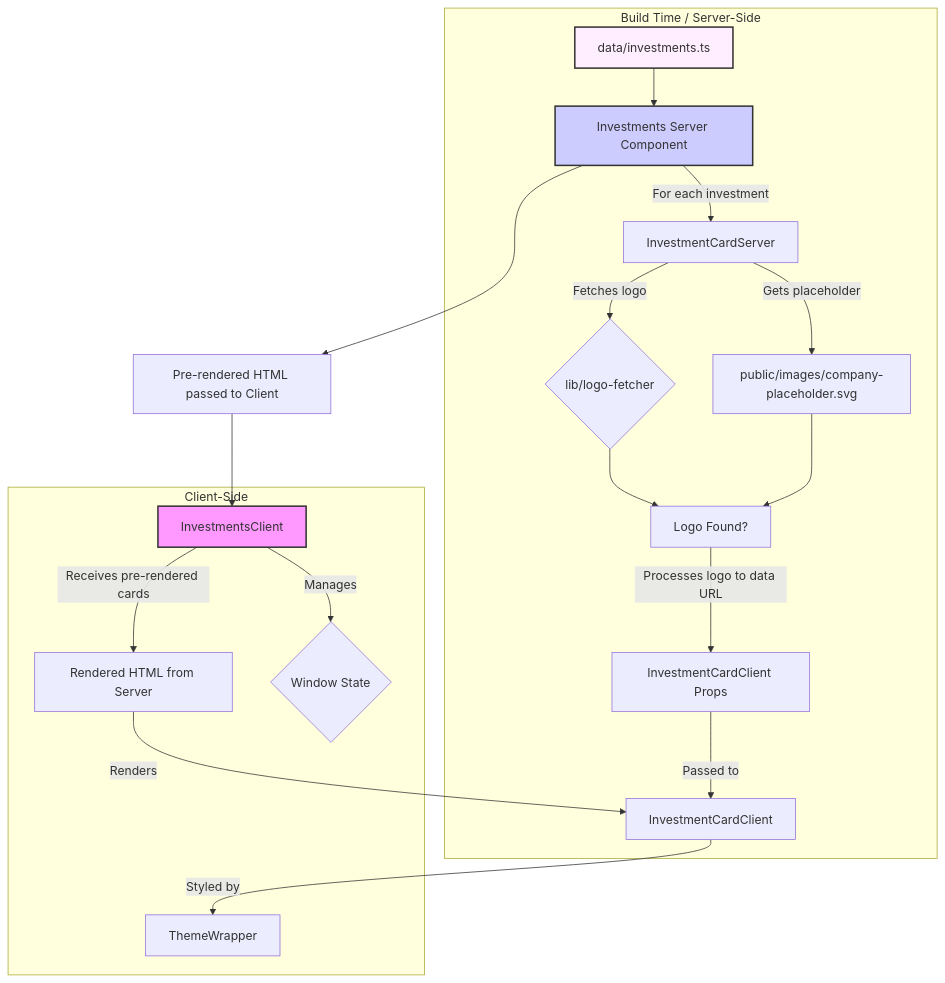
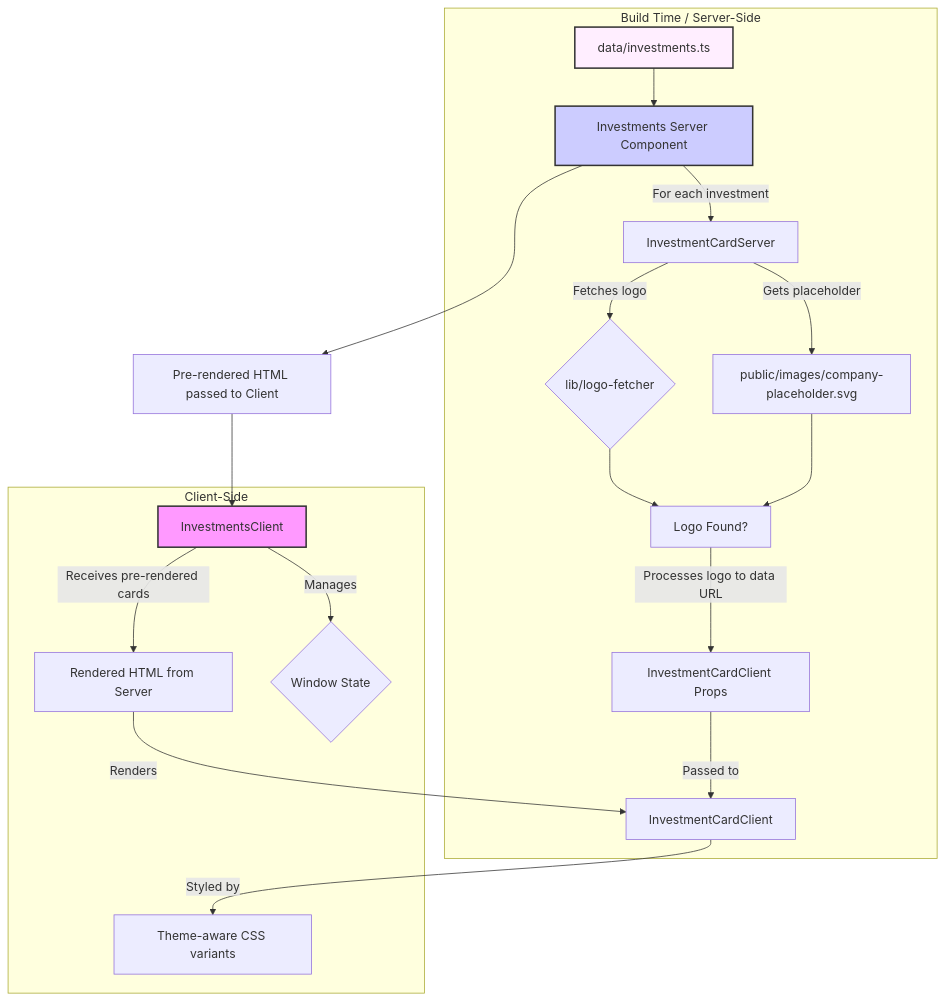
The diagram in docs/features/investments.mmd (WilliamAGH/williamcallahan.com), drawn with Mermaid before and after one commit. The commit also changed 9 other files, not shown here.

First line of the commit message:
docs(architecture): point readers at retained rendering and refresh owners

```diff
--- a/docs/features/investments.mmd
+++ b/docs/features/investments.mmd
@@ -1,25 +1,25 @@
 graph TD
     subgraph "Build Time / Server-Side"
         A[data/investments.ts] --> B[Investments Server Component];
         B -- "For each investment" --> C[InvestmentCardServer];
         C -- "Fetches logo" --> D{lib/logo-fetcher};
         C -- "Gets placeholder" --> E[public/images/company-placeholder.svg];
         D --> F[Logo Found?];
         E --> F;
         F -- "Processes logo to data URL" --> G[InvestmentCardClient Props];
         G -- "Passed to" --> H[InvestmentCardClient];
     end
 
     subgraph "Client-Side"
         I[InvestmentsClient] -- "Receives pre-rendered cards" --> J[Rendered HTML from Server];
         J -- "Renders" --> H;
-        H -- "Styled by" --> K[ThemeWrapper];
+        H -- "Styled by" --> K[Theme-aware CSS variants];
         I -- "Manages" --> L{Window State};
     end
 
     B --> M["Pre-rendered HTML passed to Client"];
     M --> I;
     
     style A fill:#fef,stroke:#333,stroke-width:2px
     style B fill:#ccf,stroke:#333,stroke-width:2px
-    style I fill:#f9f,stroke:#333,stroke-width:2px 
+    style I fill:#f9f,stroke:#333,stroke-width:2px
```
